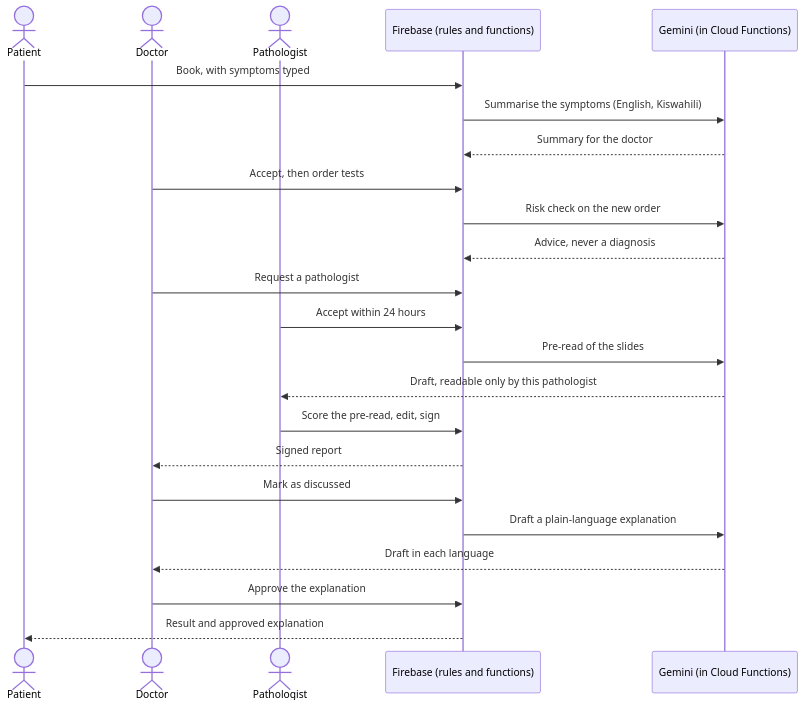
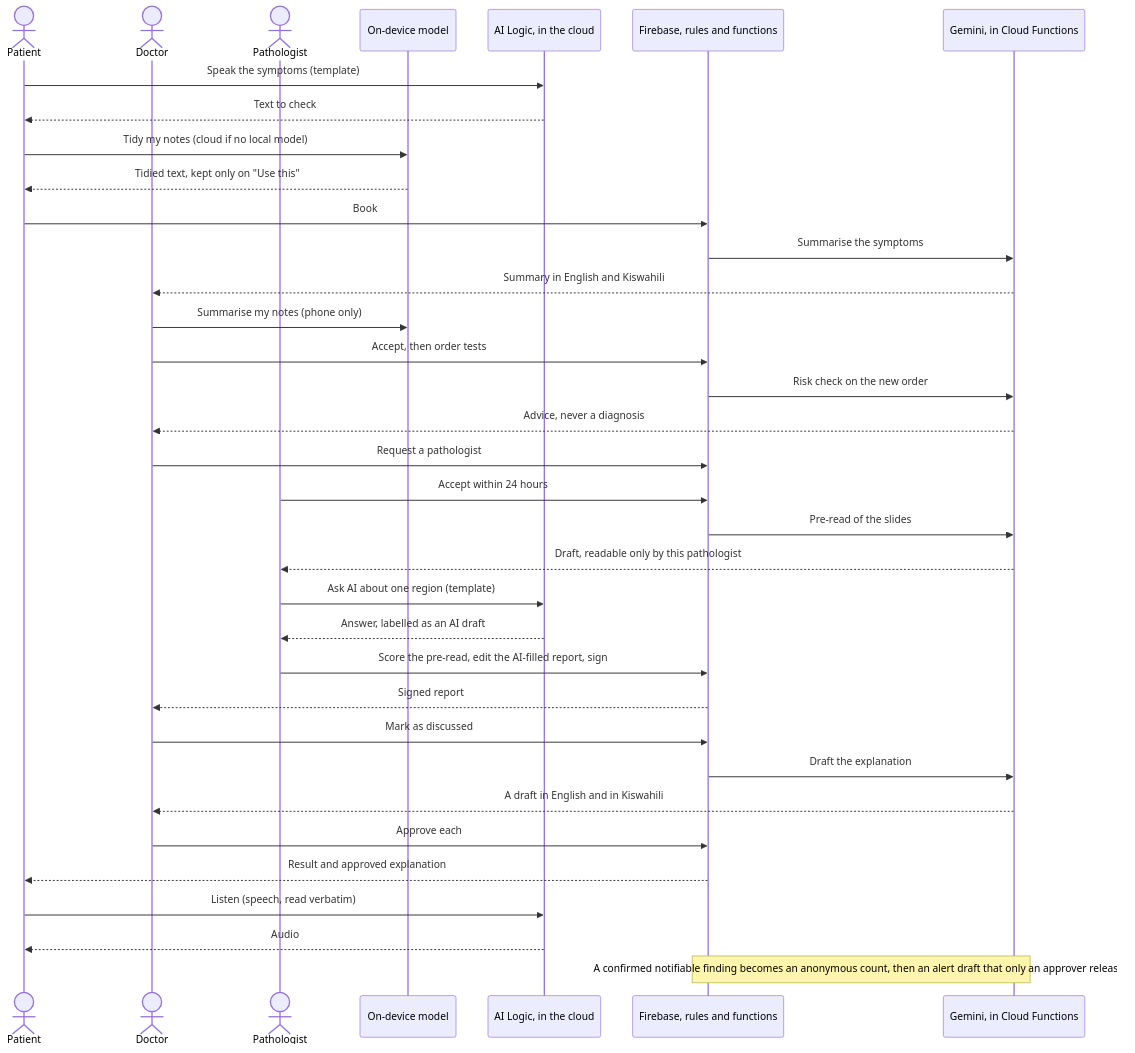
One commit to Wauguzi/tabibu-firebase changed the diagram in README.md. Above: the diagram before and after it, drawn with Mermaid. The commit also changed other lines of this file and 1 other file, not shown here.

First line of the commit message:
docs(readme): the iOS entry and its APK, and where each AI job runs on which model

````diff
--- a/README.md
+++ b/README.md
@@ -114,26 +115,38 @@
 ```mermaid
 sequenceDiagram
     actor P as Patient
     actor D as Doctor
     actor X as Pathologist
-    participant F as Firebase (rules and functions)
-    participant AI as Gemini (in Cloud Functions)
+    participant L as On-device model
+    participant A as AI Logic, in the cloud
+    participant F as Firebase, rules and functions
+    participant G as Gemini, in Cloud Functions
 
-    P->>F: Book, with symptoms typed
-    F->>AI: Summarise the symptoms (English, Kiswahili)
-    AI-->>F: Summary for the doctor
+    P->>A: Speak the symptoms (template)
+    A-->>P: Text to check
+    P->>L: Tidy my notes (cloud if no local model)
+    L-->>P: Tidied text, kept only on "Use this"
+    P->>F: Book
+    F->>G: Summarise the symptoms
+    G-->>D: Summary in English and Kiswahili
+    D->>L: Summarise my notes (phone only)
     D->>F: Accept, then order tests
-    F->>AI: Risk check on the new order
-    AI-->>F: Advice, never a diagnosis
+    F->>G: Risk check on the new order
+    G-->>D: Advice, never a diagnosis
     D->>F: Request a pathologist
     X->>F: Accept within 24 hours
-    F->>AI: Pre-read of the slides
-    AI-->>X: Draft, readable only by this pathologist
-    X->>F: Score the pre-read, edit, sign
+    F->>G: Pre-read of the slides
+    G-->>X: Draft, readable only by this pathologist
+    X->>A: Ask AI about one region (template)
+    A-->>X: Answer, labelled as an AI draft
+    X->>F: Score the pre-read, edit the AI-filled report, sign
     F-->>D: Signed report
     D->>F: Mark as discussed
-    F->>AI: Draft a plain-language explanation
-    AI-->>D: Draft in each language
-    D->>F: Approve the explanation
+    F->>G: Draft the explanation
+    G-->>D: A draft in English and in Kiswahili
+    D->>F: Approve each
     F-->>P: Result and approved explanation
+    P->>A: Listen (speech, read verbatim)
+    A-->>P: Audio
+    Note over F,G: A confirmed notifiable finding becomes an anonymous count, then an alert draft that only an approver releases
 ```
````
